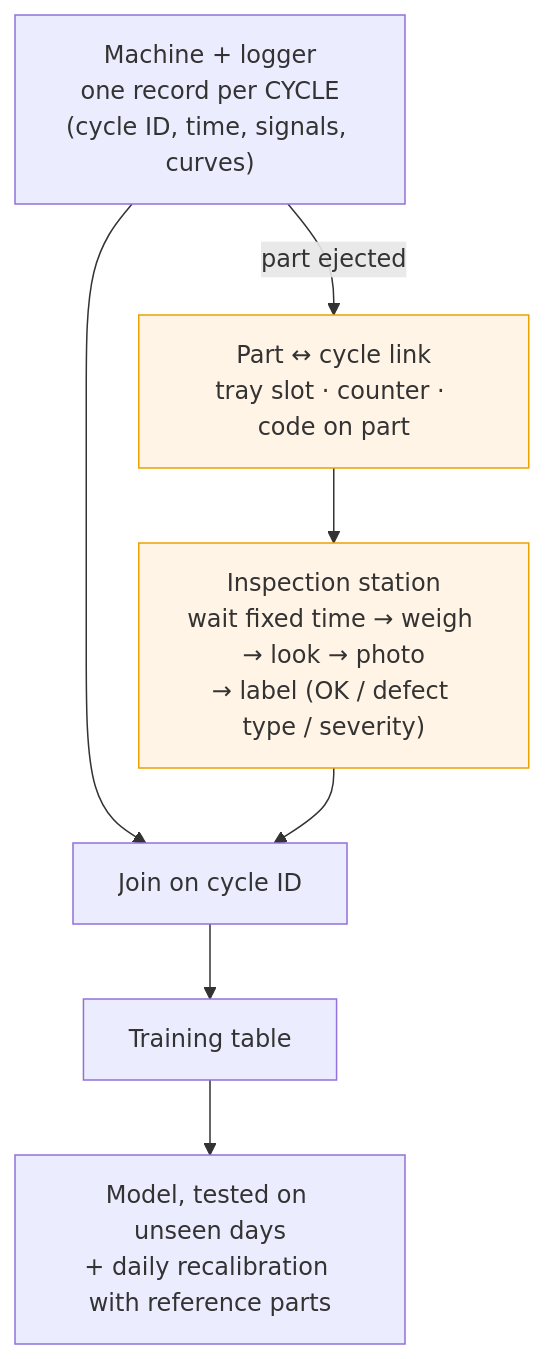
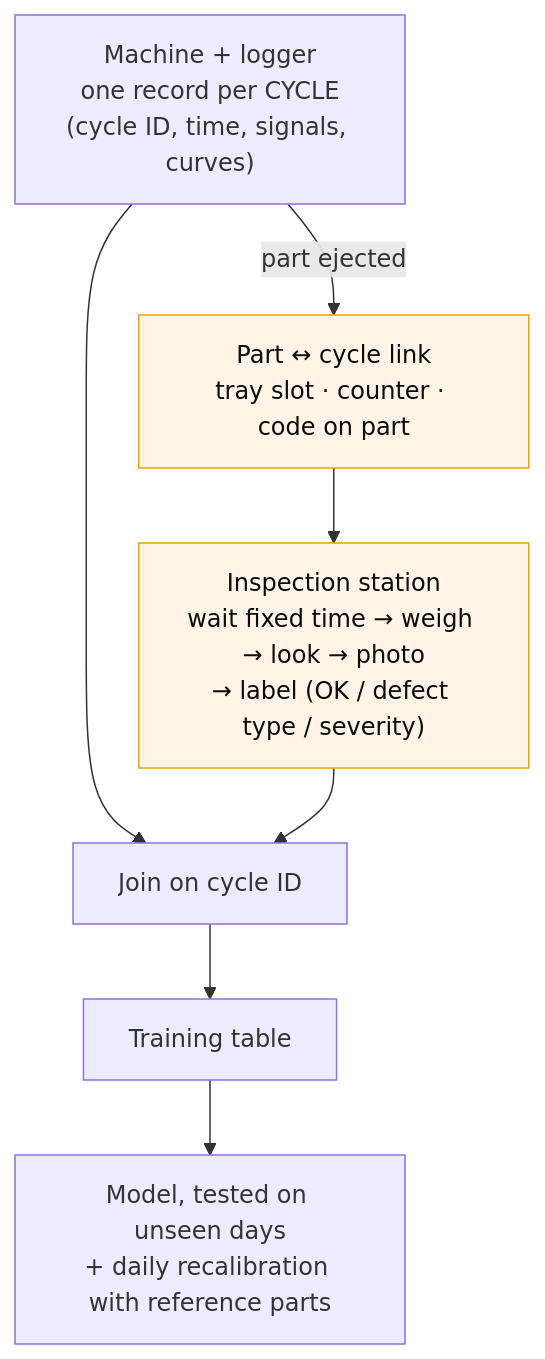
One commit to ikeremsen/injection-molding-quality-ai changed the third of 3 diagrams in README.md. Above: the diagram before and after it, drawn with Mermaid. The commit also changed other lines of this file, not shown here.

Commit message:
README: dark text in coloured diagram boxes so they read in dark mode

````diff
--- a/README.md
+++ b/README.md
@@ -162,11 +162,11 @@
 ```mermaid
 flowchart TB
     M["Machine + logger<br/>one record per CYCLE<br/>(cycle ID, time, signals, curves)"] --> J
     M -->|part ejected| L["Part ↔ cycle link<br/>tray slot · counter · code on part"]
     L --> I["Inspection station<br/>wait fixed time → weigh → look → photo<br/>→ label (OK / defect type / severity)"]
     I --> J["Join on cycle ID"]
     J --> T["Training table"]
     T --> V["Model, tested on unseen days<br/>+ daily recalibration with reference parts"]
-    style L fill:#fff4e5,stroke:#eda100
-    style I fill:#fff4e5,stroke:#eda100
+    style L fill:#fff4e5,stroke:#eda100,color:#0b0b0b
+    style I fill:#fff4e5,stroke:#eda100,color:#0b0b0b
 ```
````
